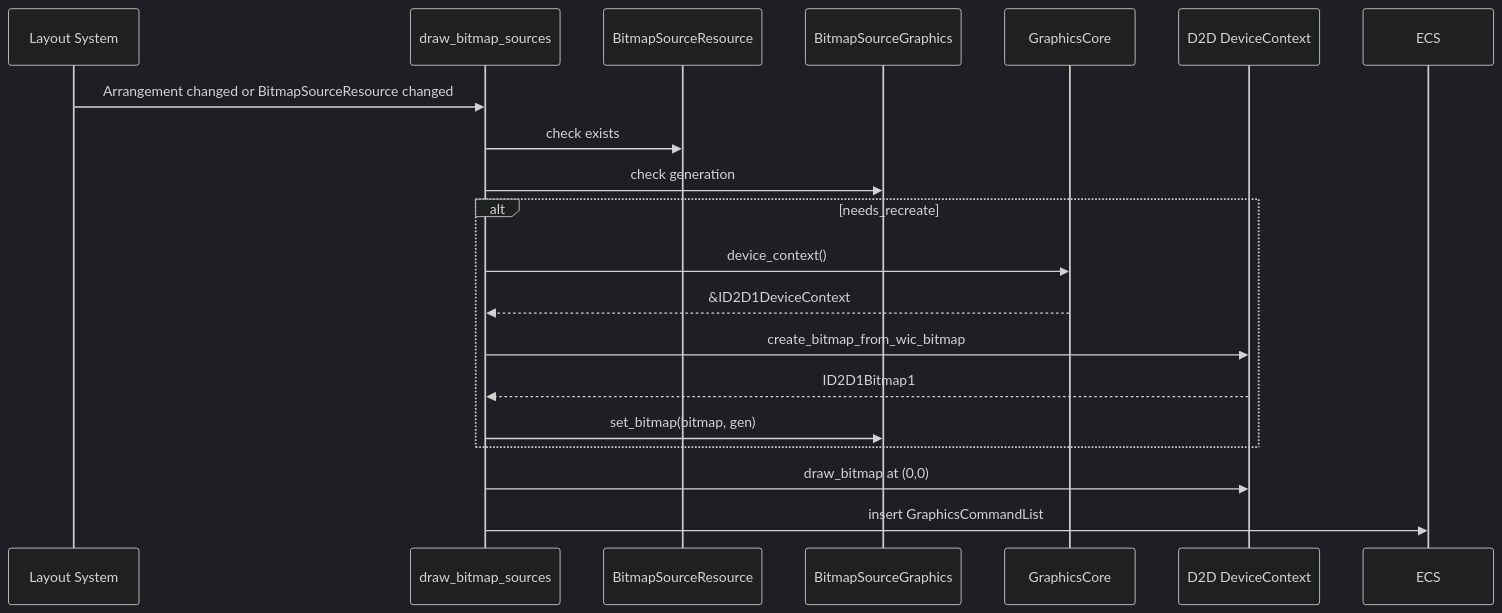
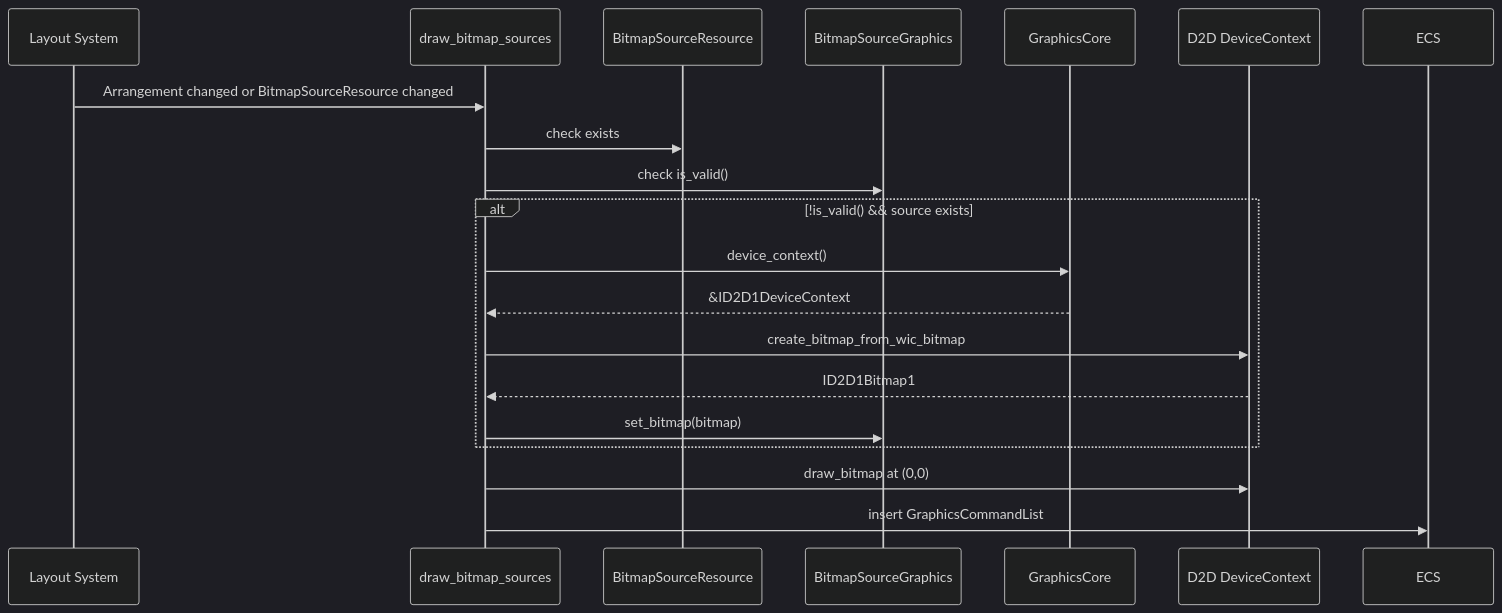
The fourth of 6 diagrams in .kiro/specs/wintf-P0-image-widget/design.md (ekicyou/dcomp_sample-rs), drawn with Mermaid (dark theme) before and after one commit. The commit also changed other lines of this file and 1 other file, not shown here.

````diff
--- a/.kiro/specs/wintf-P0-image-widget/design.md
+++ b/.kiro/specs/wintf-P0-image-widget/design.md
@@ -163,22 +163,22 @@
 ```mermaid
 sequenceDiagram
     participant Layout as Layout System
     participant Draw as draw_bitmap_sources
     participant BSR as BitmapSourceResource
     participant BSG as BitmapSourceGraphics
     participant GC as GraphicsCore
     participant D2D as D2D DeviceContext
     
     Layout->>Draw: Arrangement changed or BitmapSourceResource changed
     Draw->>BSR: check exists
-    Draw->>BSG: check generation
-    alt needs_recreate
+    Draw->>BSG: check is_valid()
+    alt !is_valid() && source exists
         Draw->>GC: device_context()
         GC-->>Draw: &ID2D1DeviceContext
         Draw->>D2D: create_bitmap_from_wic_bitmap
         D2D-->>Draw: ID2D1Bitmap1
-        Draw->>BSG: set_bitmap(bitmap, gen)
+        Draw->>BSG: set_bitmap(bitmap)
     end
     Draw->>D2D: draw_bitmap at (0,0)
     Draw->>ECS: insert GraphicsCommandList
 ```
````
